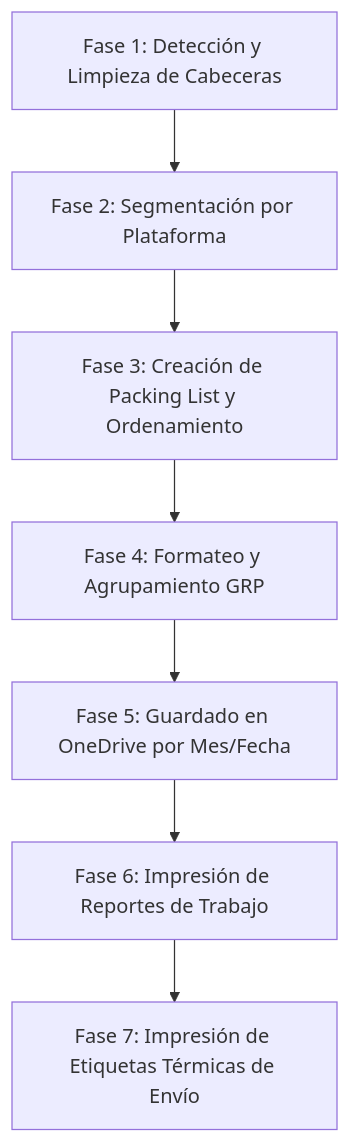
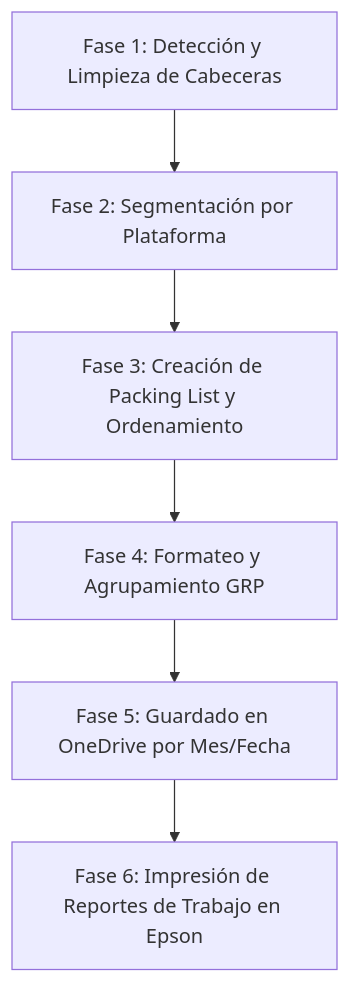
One commit to ipanemausa/openclaw-operativo-2026 changed the diagram in docs/reglas_automatizacion_excel.md. Above: the diagram before and after it, drawn with Mermaid. The commit also changed other lines of this file, not shown here.

Commit message:
refactor: eliminar impresion de etiquetas termicas del VBA dado que el WMS se encarga de ellas

````diff
--- a/docs/reglas_automatizacion_excel.md
+++ b/docs/reglas_automatizacion_excel.md
@@ -11,9 +11,8 @@
 ```mermaid
 graph TD
     F1[Fase 1: Detección y Limpieza de Cabeceras] --> F2[Fase 2: Segmentación por Plataforma]
     F2 --> F3[Fase 3: Creación de Packing List y Ordenamiento]
     F3 --> F4[Fase 4: Formateo y Agrupamiento GRP]
     F4 --> F5[Fase 5: Guardado en OneDrive por Mes/Fecha]
-    F5 --> F6[Fase 6: Impresión de Reportes de Trabajo]
-    F6 --> F7[Fase 7: Impresión de Etiquetas Térmicas de Envío]
+    F5 --> F6[Fase 6: Impresión de Reportes de Trabajo en Epson]
 ```
````
